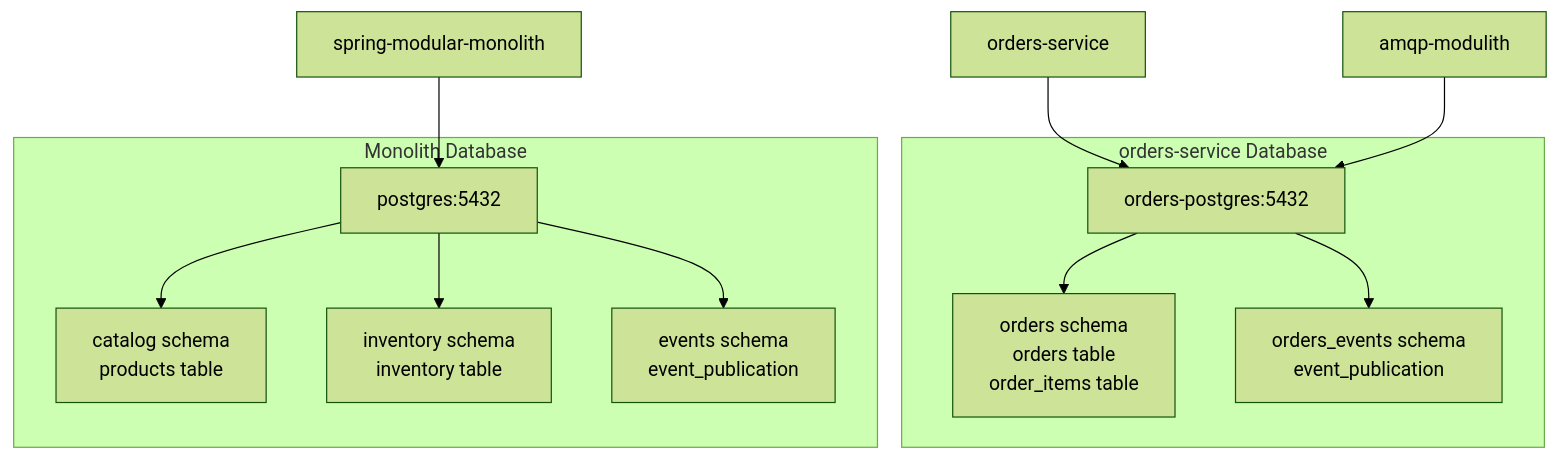
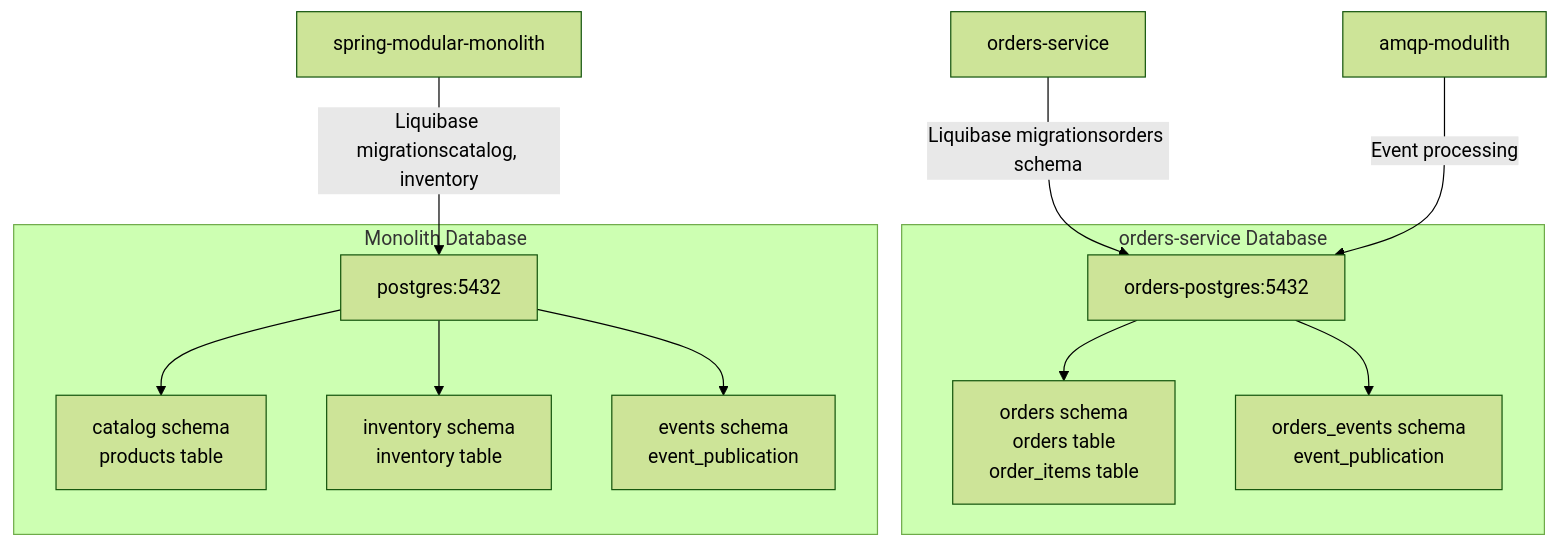
Before and after one commit to philipz/spring-modular-monolith: the third of 7 diagrams in docs/deepwiki/Orders-Microservice-Extraction.md, drawn with Mermaid (forest theme). The commit also changed other lines of this file and 55 other files, not shown here.

````diff
--- a/docs/deepwiki/Orders-Microservice-Extraction.md
+++ b/docs/deepwiki/Orders-Microservice-Extraction.md
@@ -190,36 +190,36 @@
 ```mermaid
 flowchart TD
 
 MainDB["postgres:5432"]
 CatalogSchema["catalog schema<br>products table"]
 InventorySchema["inventory schema<br>inventory table"]
 EventsSchema["events schema<br>event_publication"]
 OrdersDB["orders-postgres:5432"]
 OrdersSchema["orders schema<br>orders table<br>order_items table"]
 OrdersEventsSchema["orders_events schema<br>event_publication"]
 Monolith["spring-modular-monolith"]
 OrdersSvc["orders-service"]
 AMQPMod["amqp-modulith"]
 
-Monolith --> MainDB
-OrdersSvc --> OrdersDB
-AMQPMod --> OrdersDB
+Monolith -->|"Liquibase migrationscatalog, inventory"| MainDB
+OrdersSvc -->|"Liquibase migrationsorders schema"| OrdersDB
+AMQPMod -->|"Event processing"| OrdersDB
 
 subgraph subGraph1 ["orders-service Database"]
     OrdersDB
     OrdersSchema
     OrdersEventsSchema
     OrdersDB --> OrdersSchema
     OrdersDB --> OrdersEventsSchema
 end
 
 subgraph subGraph0 ["Monolith Database"]
     MainDB
     CatalogSchema
     InventorySchema
     EventsSchema
     MainDB --> CatalogSchema
     MainDB --> InventorySchema
     MainDB --> EventsSchema
 end
 ```
````
